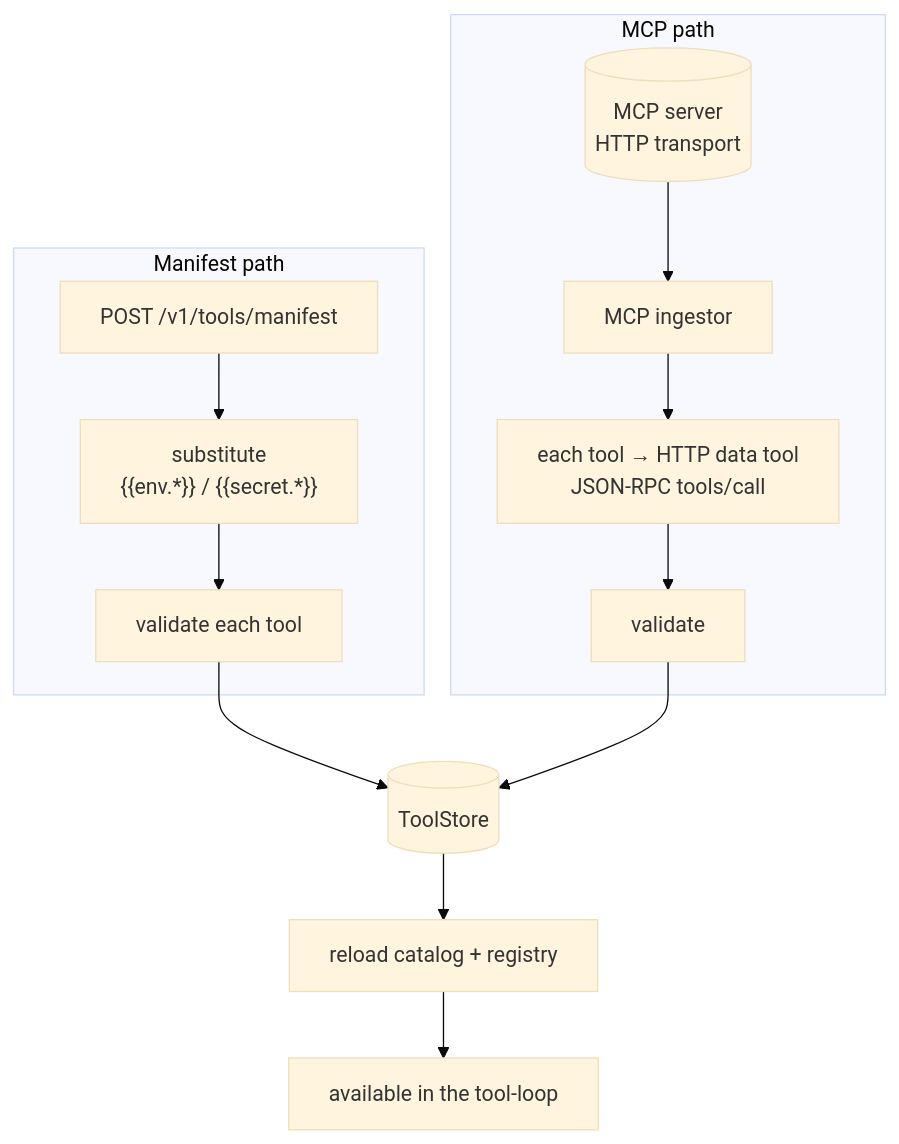
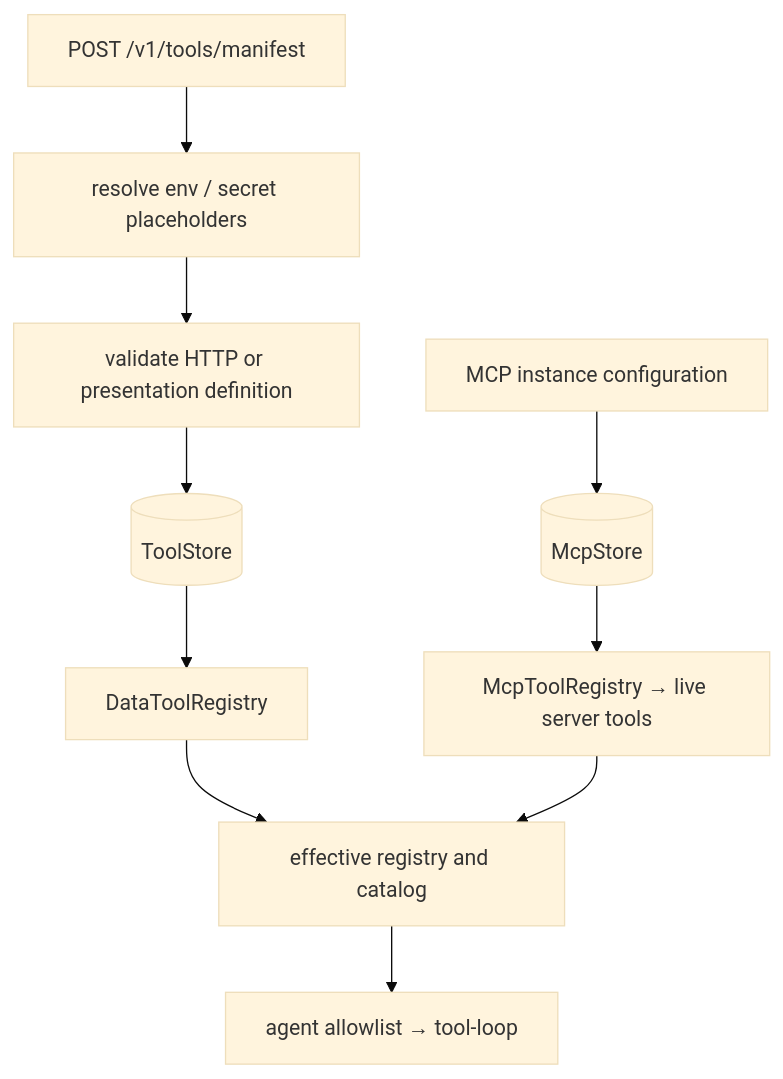
The fourth of 6 diagrams in docs/ARCHITECTURE.md (guizaols/insika), drawn with Mermaid (base theme) before and after one commit. The commit also changed other lines of this file and 57 other files, not shown here.

````diff
--- a/docs/ARCHITECTURE.md
+++ b/docs/ARCHITECTURE.md
@@ -217,16 +222,12 @@
 ```mermaid
 flowchart TD
-  subgraph manifest [Manifest path]
-    m["POST /v1/tools/manifest"] --> sub["substitute<br/>{{env.*}} / {{secret.*}}"]
-    sub --> val1[validate each tool]
-  end
-  subgraph mcp [MCP path]
-    srv[(MCP server<br/>HTTP transport)] --> ing[MCP ingestor]
-    ing --> conv[each tool → HTTP data tool<br/>JSON-RPC tools/call]
-    conv --> val2[validate]
-  end
-  val1 --> store[(ToolStore)]
-  val2 --> store
-  store --> cat[reload catalog + registry]
-  cat --> loop[available in the tool-loop]
+  manifest[POST /v1/tools/manifest] --> substitute[resolve env / secret placeholders]
+  substitute --> validate[validate HTTP or presentation definition]
+  validate --> store[(ToolStore)]
+  store --> data[DataToolRegistry]
+  config[MCP instance configuration] --> mcpstore[(McpStore)]
+  mcpstore --> live[McpToolRegistry → live server tools]
+  data --> catalog[effective registry and catalog]
+  live --> catalog
+  catalog --> policy[agent allowlist → tool-loop]
 ```
````
